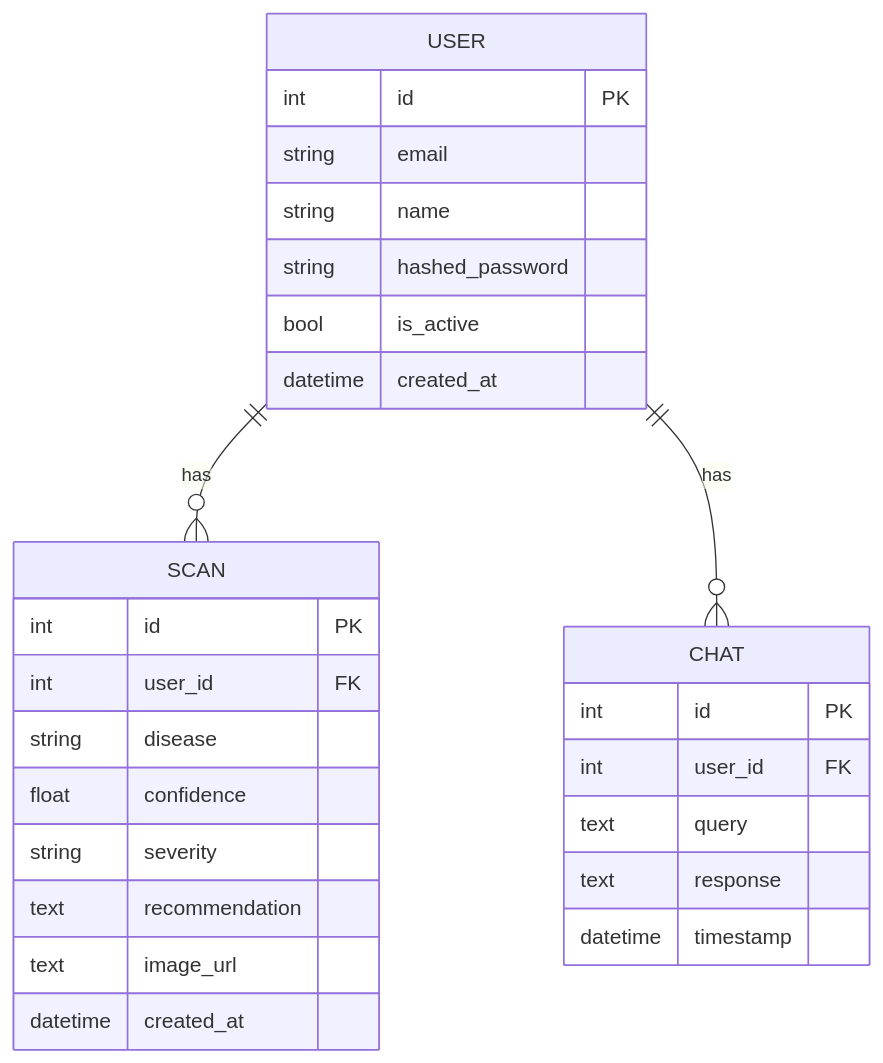
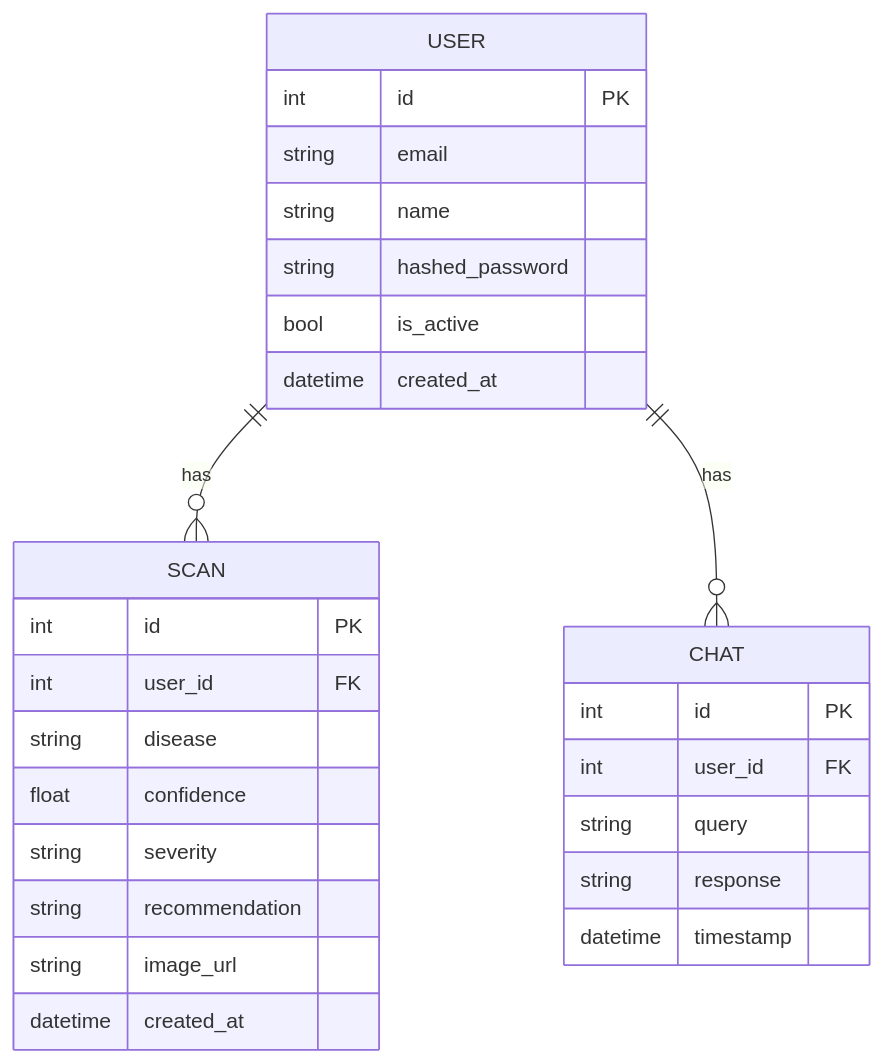
Before and after one commit to chandu1234678/AgroSight: the third of 4 diagrams in README.md, drawn with Mermaid. The commit also changed other lines of this file, not shown here.

Commit message:
fix: correct mermaid diagram syntax for GitHub rendering

````diff
--- a/README.md
+++ b/README.md
@@ -158,33 +157,33 @@
 ```mermaid
 erDiagram
     USER {
         int id PK
         string email
         string name
         string hashed_password
         bool is_active
         datetime created_at
     }
 
     SCAN {
         int id PK
         int user_id FK
         string disease
         float confidence
         string severity
-        text recommendation
-        text image_url
+        string recommendation
+        string image_url
         datetime created_at
     }
 
     CHAT {
         int id PK
         int user_id FK
-        text query
-        text response
+        string query
+        string response
         datetime timestamp
     }
 
     USER ||--o{ SCAN : "has"
     USER ||--o{ CHAT : "has"
 ```
````
